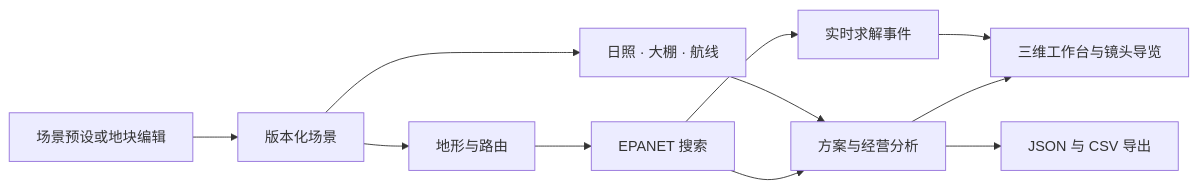
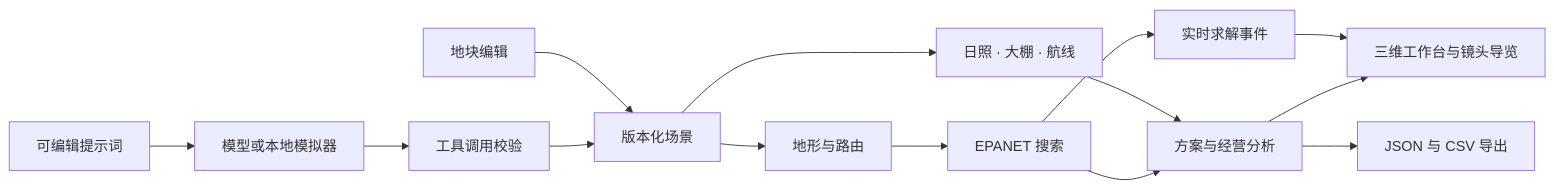
The diagram in README.zh-CN.md (ddy314/demeter), drawn with Mermaid before and after one commit. The commit also changed other lines of this file and 19 other files, not shown here.

````diff
--- a/README.zh-CN.md
+++ b/README.zh-CN.md
@@ -87,13 +94,16 @@
 ```mermaid
 flowchart LR
-    A[场景预设或地块编辑] --> B[版本化场景]
+    A[可编辑提示词] --> P[模型或本地模拟器]
+    P --> V[工具调用校验]
+    V --> B[版本化场景]
+    W[地块编辑] --> B
     B --> C[地形与路由]
     C --> D[EPANET 搜索]
     B --> E[日照 · 大棚 · 航线]
     D --> F[方案与经营分析]
     E --> F
     D --> G[实时求解事件]
     F --> H[三维工作台与镜头导览]
     G --> H
     F --> I[JSON 与 CSV 导出]
 ```
````
